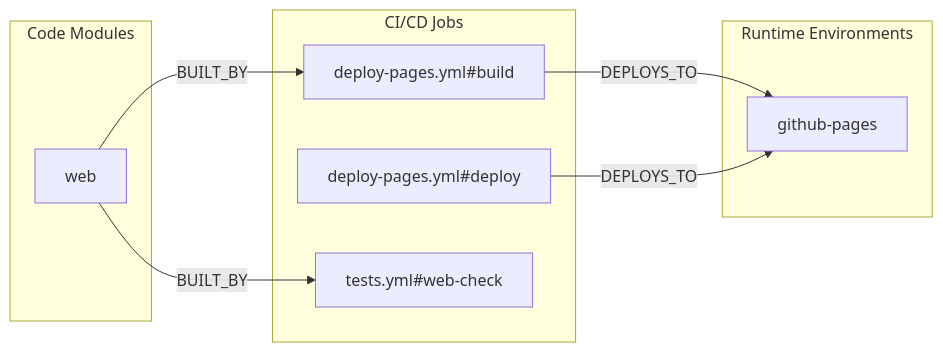
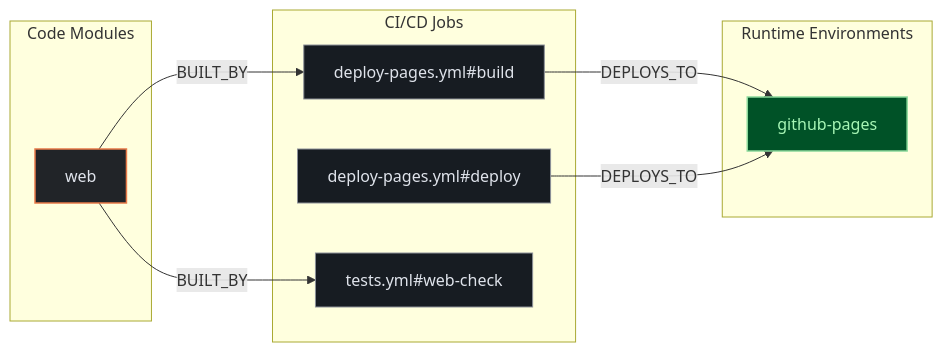
One commit to kumarshaz/atruss-code-atlas changed the second of 3 diagrams in exports/latest/reports/kumarshaz-atruss-code-atlas-report.md. Above: the diagram before and after it, drawn with Mermaid. The commit also changed other lines of this file and 331 other files, not shown here.

Commit message:
docs,ui,fix: update SDLC docs, reorder CI/CD DAG first, stylize Mermaid, and fix Arc42 pipeline topology

````diff
--- a/exports/latest/reports/kumarshaz-atruss-code-atlas-report.md
+++ b/exports/latest/reports/kumarshaz-atruss-code-atlas-report.md
@@ -157,18 +164,22 @@
 ```mermaid
 flowchart LR
+    classDef atlasCategory fill:#212428,stroke:#E87A48,stroke-width:1.5px,color:#dfe3eb
+    classDef atlasWorkflow fill:#1b2026,stroke:#a3c9ff,stroke-width:1.5px,color:#dfe3eb
+    classDef atlasJob fill:#171c22,stroke:#8d9199,stroke-width:1px,color:#dfe3eb
+    classDef atlasTarget fill:#005227,stroke:#8bd99b,stroke-width:1.5px,color:#a7f6b6
     subgraph code_modules["Code Modules"]
-        mod_web["web"]
+        mod_web["web"]:::atlasCategory
     end
     subgraph ci_jobs["CI/CD Jobs"]
-        job_deploy_pages_yml_build["deploy-pages.yml#build"]
-        job_deploy_pages_yml_deploy["deploy-pages.yml#deploy"]
-        job_tests_yml_web_check["tests.yml#web-check"]
+        job_deploy_pages_yml_build["deploy-pages.yml#build"]:::atlasJob
+        job_deploy_pages_yml_deploy["deploy-pages.yml#deploy"]:::atlasJob
+        job_tests_yml_web_check["tests.yml#web-check"]:::atlasJob
     end
     subgraph runtime_envs["Runtime Environments"]
-        env_github_pages["github-pages"]
+        env_github_pages["github-pages"]:::atlasTarget
     end
     job_deploy_pages_yml_build -->|DEPLOYS_TO| env_github_pages
     job_deploy_pages_yml_deploy -->|DEPLOYS_TO| env_github_pages
     mod_web -->|BUILT_BY| job_deploy_pages_yml_build
     mod_web -->|BUILT_BY| job_tests_yml_web_check
 ```
````
